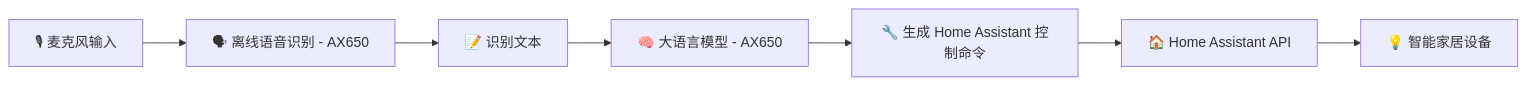
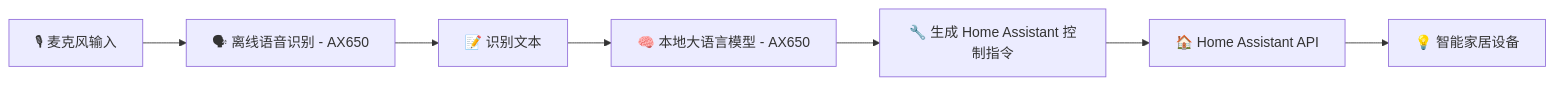
One commit to yuyun2000/HomeAssistant-Edge changed the diagram in README.md. Above: the diagram before and after it, drawn with Mermaid. The commit also changed other lines of this file and 3 other files, not shown here.

````diff
--- a/README.md
+++ b/README.md
@@ -40,9 +41,9 @@
 ```mermaid
 flowchart LR
     MIC[🎙 麦克风输入] --> ASR[🗣 离线语音识别 - AX650]
     ASR --> TEXT[📝 识别文本]
-    TEXT --> LLM[🧠 大语言模型 - AX650]
-    LLM --> CMD[🔧 生成 Home Assistant 控制命令]
+    TEXT --> LLM[🧠 本地大语言模型 - AX650]
+    LLM --> CMD[🔧 生成 Home Assistant 控制指令]
     CMD --> HA[🏠 Home Assistant API]
     HA --> DEVICE[💡 智能家居设备]
 ```
````
